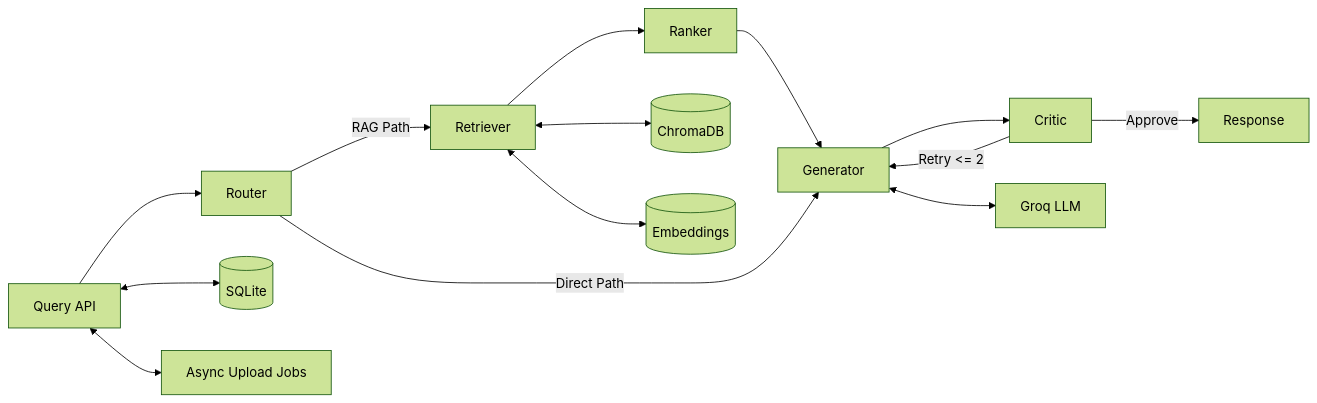
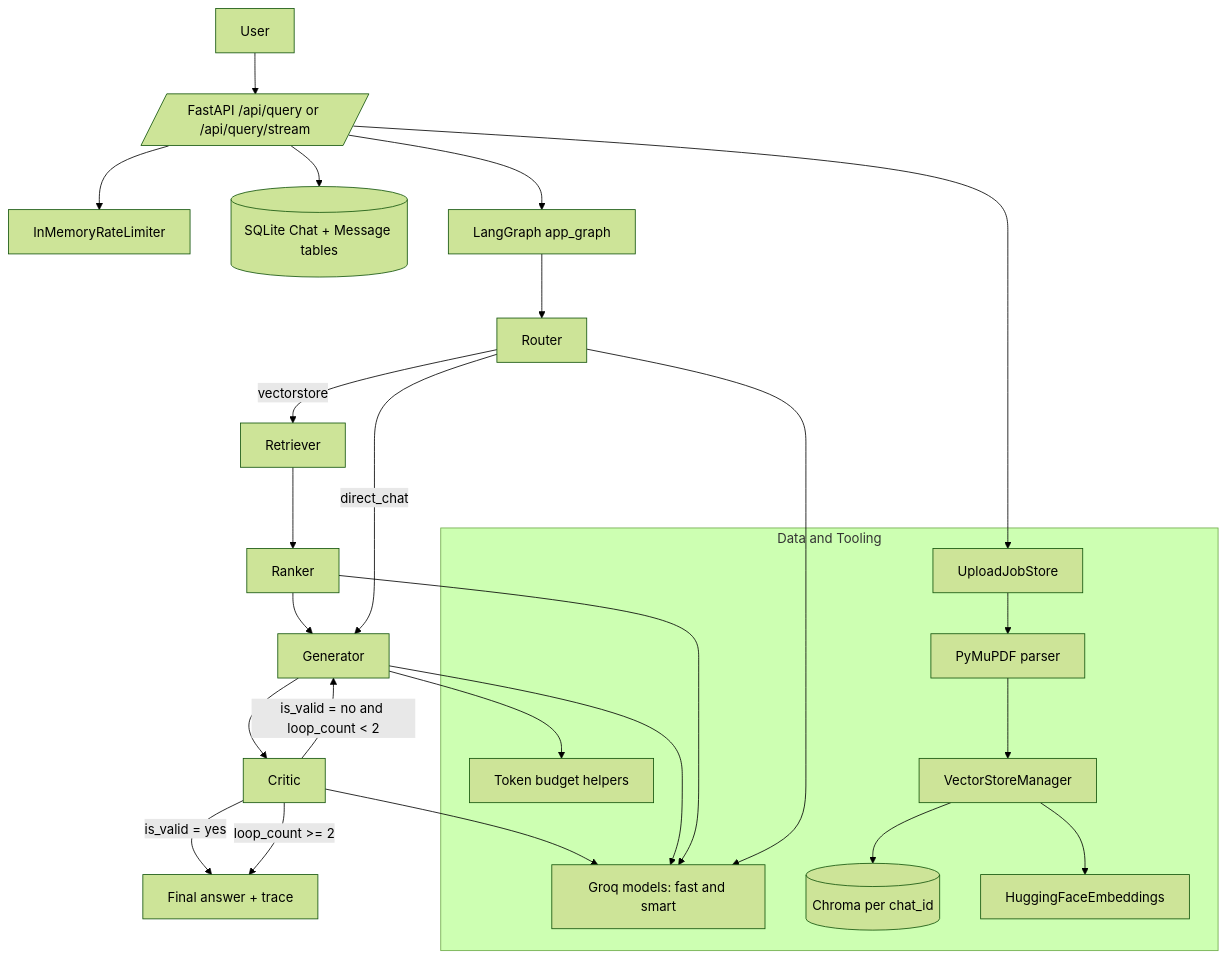
One commit to YassirCher/agentic-ai-research-assistant-azure changed the diagram in documentation.md. Above: the diagram before and after it, drawn with Mermaid (forest theme). The commit also changed other lines of this file and 1 other file, not shown here.

Commit message:
docs: professional readme and technical documentation with multi-agent schemas

````diff
--- a/documentation.md
+++ b/documentation.md
@@ -51,17 +78,40 @@
 ```mermaid
-flowchart LR
-		Q[Query API] --> RT[Router]
-		RT -->|RAG Path| RV[Retriever]
-		RV --> RK[Ranker]
-		RK --> GN[Generator]
-		RT -->|Direct Path| GN
-		GN --> CR[Critic]
-		CR -->|Approve| RESP[Response]
-		CR -->|Retry <= 2| GN
+flowchart TD
+		U[User] --> API[/FastAPI /api/query or /api/query/stream/]
+		API --> RL[InMemoryRateLimiter]
+		API --> DB[(SQLite Chat + Message tables)]
+		API --> G[LangGraph app_graph]
 
-		RV <--> CDB[(ChromaDB)]
-		RV <--> EMB[(Embeddings)]
-		Q <--> SQL[(SQLite)]
-		Q <--> UPL[Async Upload Jobs]
-		GN <--> LLM[Groq LLM]
+		G --> RO[Router]
+		RO -->|vectorstore| RE[Retriever]
+		RO -->|direct_chat| GE[Generator]
+
+		RE --> RA[Ranker]
+		RA --> GE
+		GE --> CR[Critic]
+
+		CR -->|is_valid = yes| OUT[Final answer + trace]
+		CR -->|is_valid = no and loop_count < 2| GE
+		CR -->|loop_count >= 2| OUT
+
+		subgraph Data and Tooling
+			PDF[PyMuPDF parser]
+			JOB[UploadJobStore]
+			VM[VectorStoreManager]
+			CH[(Chroma per chat_id)]
+			EMB[HuggingFaceEmbeddings]
+			TB[Token budget helpers]
+			GROQ[Groq models: fast and smart]
+		end
+
+		API --> JOB
+		JOB --> PDF
+		PDF --> VM
+		VM --> CH
+		VM --> EMB
+		GE --> TB
+		GE --> GROQ
+		RO --> GROQ
+		RA --> GROQ
+		CR --> GROQ
 ```
````
